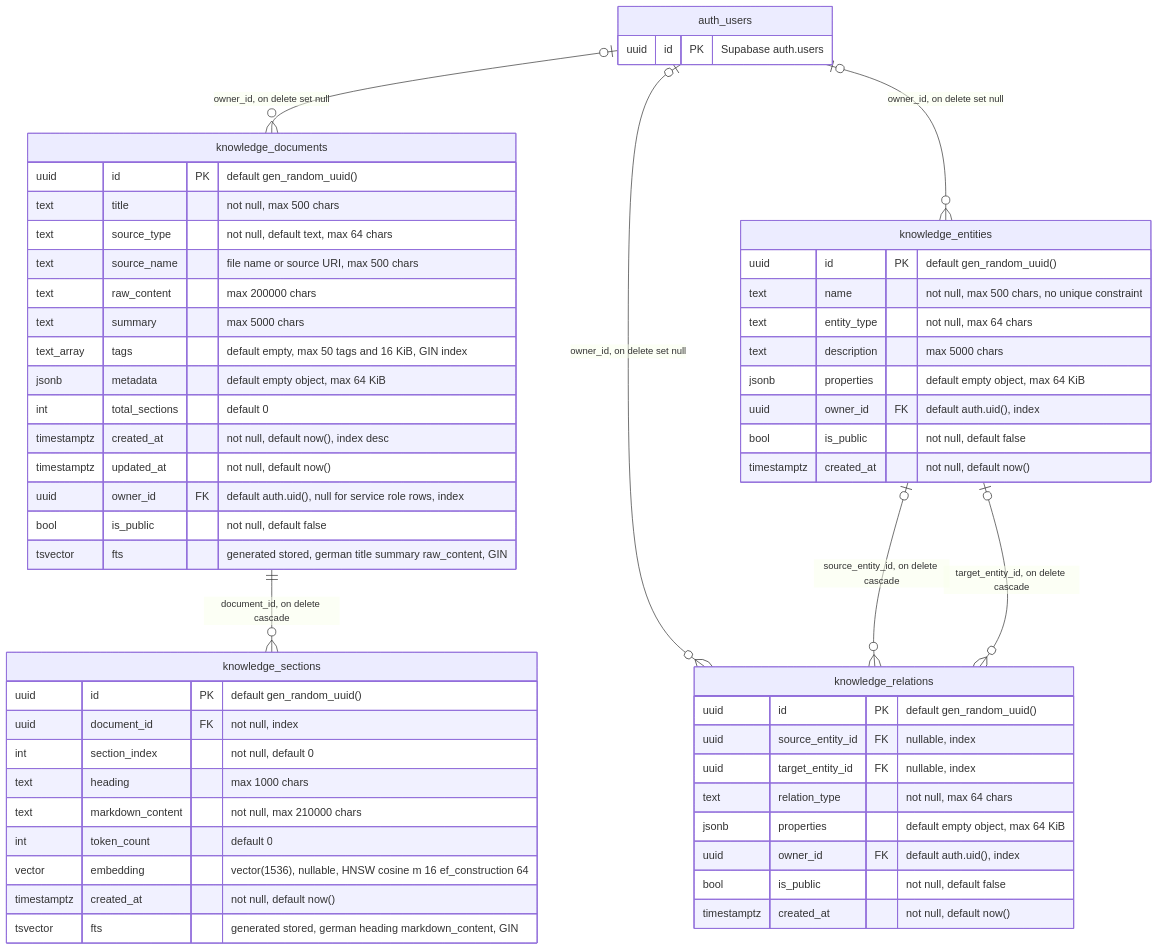
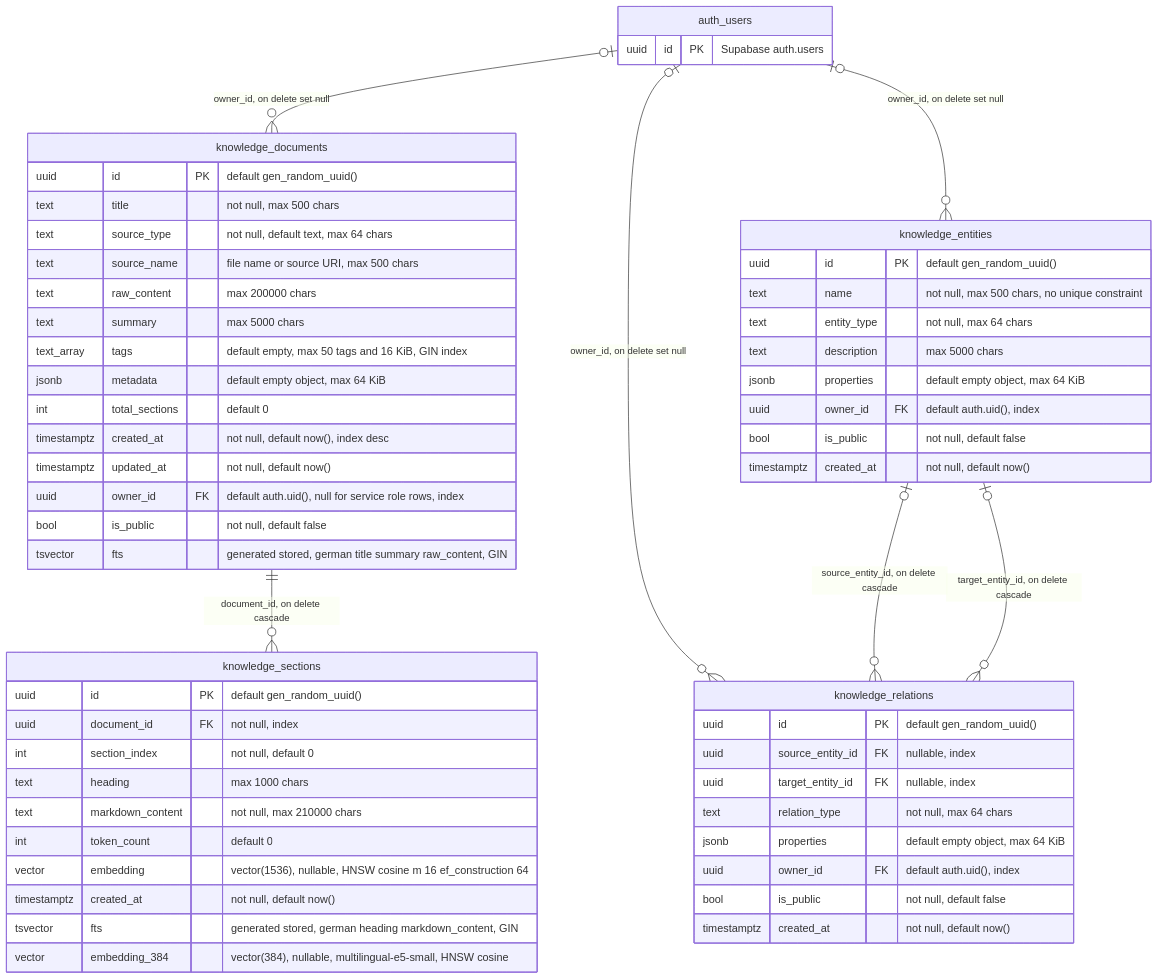
One commit to umutcantezgel-cpu/Starpi changed the first of 6 diagrams in backend/supabase/README.md. Above: the diagram before and after it, drawn with Mermaid. The commit also changed other lines of this file and 13 other files, not shown here.

````diff
--- a/backend/supabase/README.md
+++ b/backend/supabase/README.md
@@ -141,60 +169,61 @@
 ```mermaid
 erDiagram
     auth_users {
         uuid id PK "Supabase auth.users"
     }
     knowledge_documents {
         uuid id PK "default gen_random_uuid()"
         text title "not null, max 500 chars"
         text source_type "not null, default text, max 64 chars"
         text source_name "file name or source URI, max 500 chars"
         text raw_content "max 200000 chars"
         text summary "max 5000 chars"
         text_array tags "default empty, max 50 tags and 16 KiB, GIN index"
         jsonb metadata "default empty object, max 64 KiB"
         int total_sections "default 0"
         timestamptz created_at "not null, default now(), index desc"
         timestamptz updated_at "not null, default now()"
         uuid owner_id FK "default auth.uid(), null for service role rows, index"
         bool is_public "not null, default false"
         tsvector fts "generated stored, german title summary raw_content, GIN"
     }
     knowledge_sections {
         uuid id PK "default gen_random_uuid()"
         uuid document_id FK "not null, index"
         int section_index "not null, default 0"
         text heading "max 1000 chars"
         text markdown_content "not null, max 210000 chars"
         int token_count "default 0"
         vector embedding "vector(1536), nullable, HNSW cosine m 16 ef_construction 64"
         timestamptz created_at "not null, default now()"
         tsvector fts "generated stored, german heading markdown_content, GIN"
+        vector embedding_384 "vector(384), nullable, multilingual-e5-small, HNSW cosine"
     }
     knowledge_entities {
         uuid id PK "default gen_random_uuid()"
         text name "not null, max 500 chars, no unique constraint"
         text entity_type "not null, max 64 chars"
         text description "max 5000 chars"
         jsonb properties "default empty object, max 64 KiB"
         uuid owner_id FK "default auth.uid(), index"
         bool is_public "not null, default false"
         timestamptz created_at "not null, default now()"
     }
     knowledge_relations {
         uuid id PK "default gen_random_uuid()"
         uuid source_entity_id FK "nullable, index"
         uuid target_entity_id FK "nullable, index"
         text relation_type "not null, max 64 chars"
         jsonb properties "default empty object, max 64 KiB"
         uuid owner_id FK "default auth.uid(), index"
         bool is_public "not null, default false"
         timestamptz created_at "not null, default now()"
     }
 
     knowledge_documents ||--o{ knowledge_sections : "document_id, on delete cascade"
     auth_users |o--o{ knowledge_documents : "owner_id, on delete set null"
     auth_users |o--o{ knowledge_entities : "owner_id, on delete set null"
     auth_users |o--o{ knowledge_relations : "owner_id, on delete set null"
     knowledge_entities |o--o{ knowledge_relations : "source_entity_id, on delete cascade"
     knowledge_entities |o--o{ knowledge_relations : "target_entity_id, on delete cascade"
 ```
````
